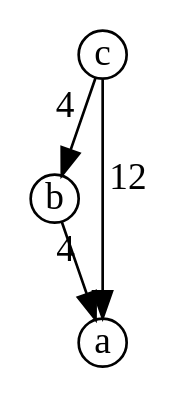
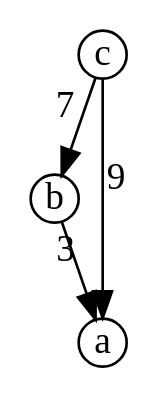
Before and after one commit to increpare/comusic: the diagram in graph2.dot, drawn with Graphviz. The commit also changed 3 other files, not shown here.

```diff
--- a/graph2.dot
+++ b/graph2.dot
@@ -1,6 +1,6 @@
 digraph G {
 	node [shape=circle fixedsize=true width=0.25 height=0.25 ]
-	b -> a [ xlabel="4"];
-	c -> b [ xlabel="4"];
-	c -> a [ xlabel="12" ];
+	b -> a [ xlabel="3"];
+	c -> b [ xlabel="7"];
+	c -> a [ xlabel="9" ];
 }
```
